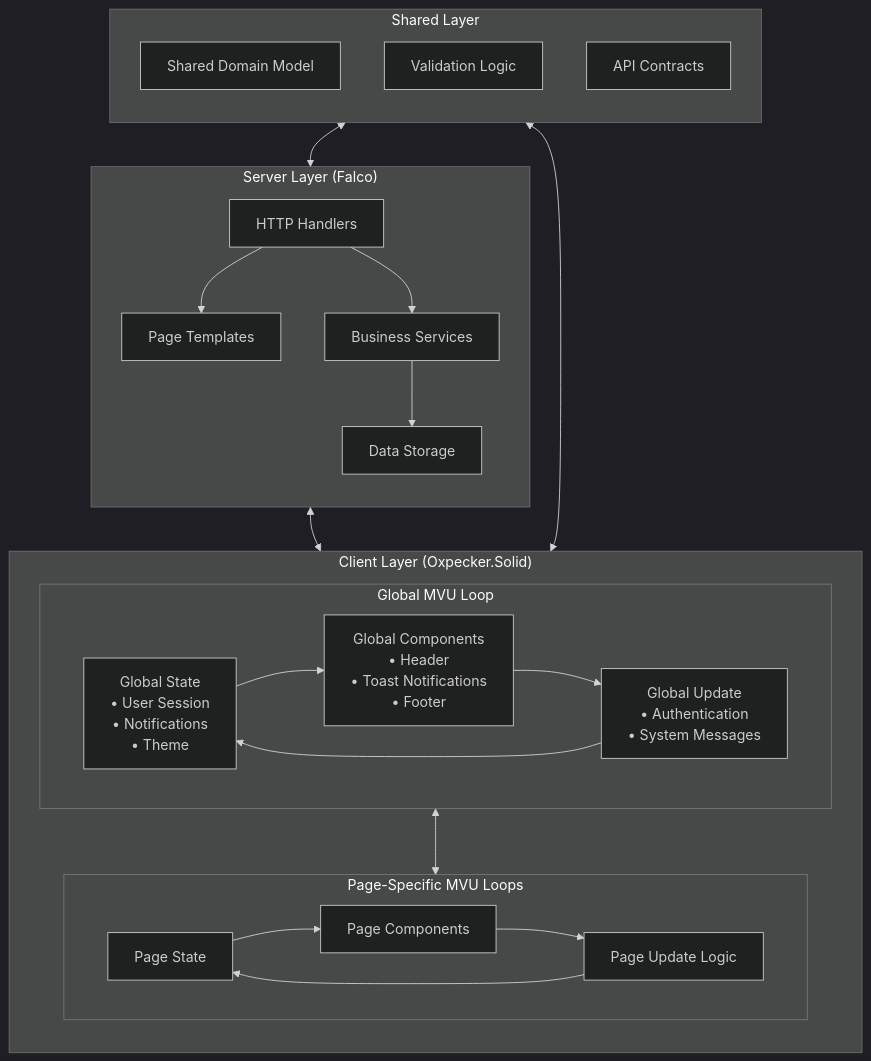
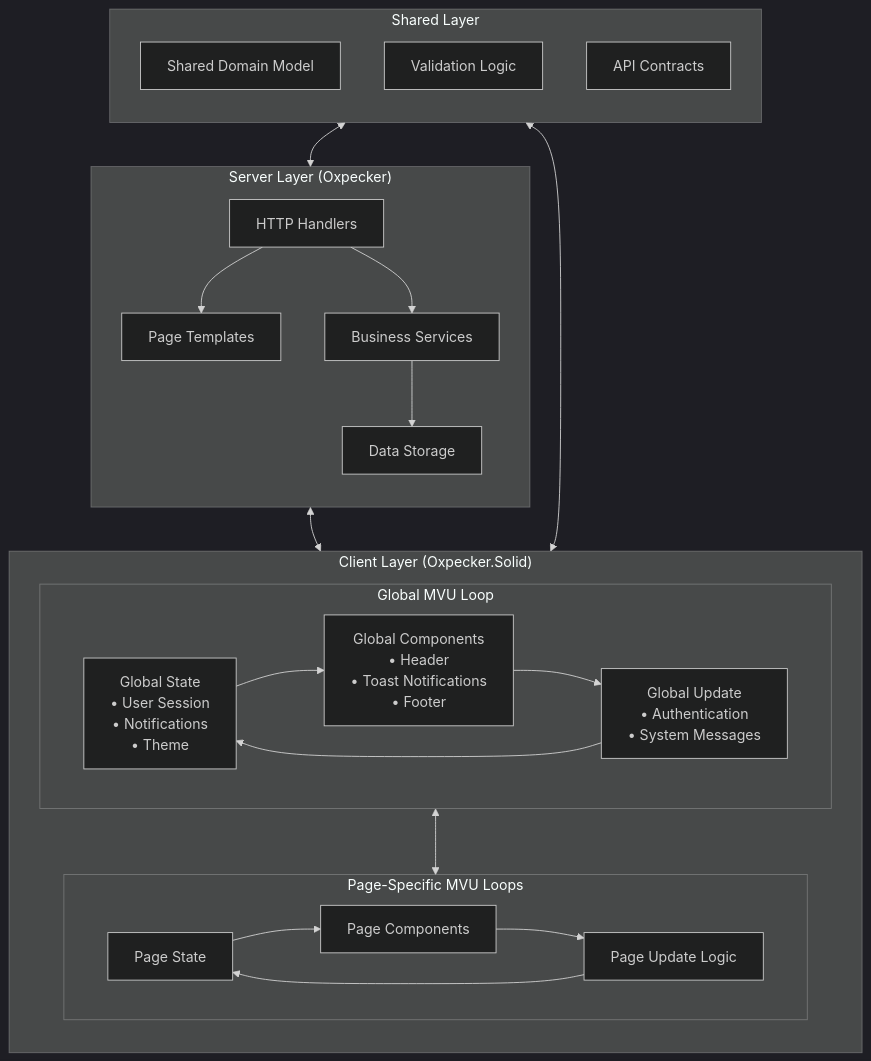
The first of 5 diagrams in docs/06 MVU-SolidJS Architecture.md (speakeztech/FlightDeck), drawn with Mermaid before and after one commit. The commit also changed other lines of this file and 12 other files, not shown here.

````diff
--- a/docs/06 MVU-SolidJS Architecture.md
+++ b/docs/06 MVU-SolidJS Architecture.md
@@ -21,51 +21,51 @@
 ```mermaid
 %%{init: {'theme': 'dark'}}%%
 flowchart TB
-    subgraph Server["Server Layer (Falco)"]
+    subgraph Server["Server Layer (Oxpecker)"]
         direction TB
         Handlers["HTTP Handlers"]
         Views["Page Templates"]
         Services["Business Services"]
         Storage["Data Storage"]
         
         Handlers --> Views
         Handlers --> Services
         Services --> Storage
     end
     
     subgraph Client["Client Layer (Oxpecker.Solid)"]
         direction TB
         subgraph GlobalMVU["Global MVU Loop"]
             GlobalModel["Global State<br>• User Session<br>• Notifications<br>• Theme"]
             GlobalUpdate["Global Update<br>• Authentication<br>• System Messages"]
             GlobalView["Global Components<br>• Header<br>• Toast Notifications<br>• Footer"]
         end
         
         subgraph PageMVU["Page-Specific MVU Loops"]
             PageModel["Page State"]
             PageUpdate["Page Update Logic"]
             PageView["Page Components"]
         end
         
         GlobalModel --> GlobalView
         GlobalUpdate --> GlobalModel
         GlobalView --> GlobalUpdate
         
         PageModel --> PageView
         PageUpdate --> PageModel
         PageView --> PageUpdate
         
         GlobalMVU <--> PageMVU
     end
     
     subgraph Shared["Shared Layer"]
         direction TB
         DomainModel["Shared Domain Model"]
         Validation["Validation Logic"]
         Contracts["API Contracts"]
     end
     
     Server <--> Client
     Shared <--> Server
     Shared <--> Client
 ```
````
